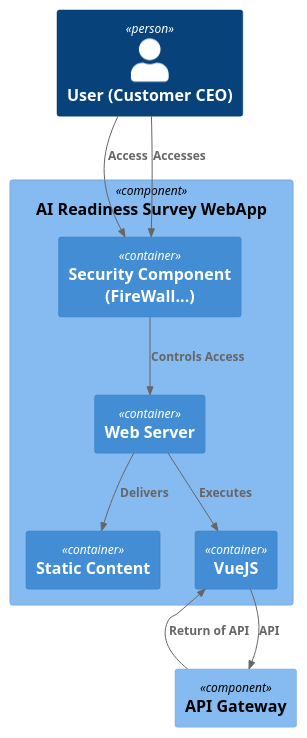
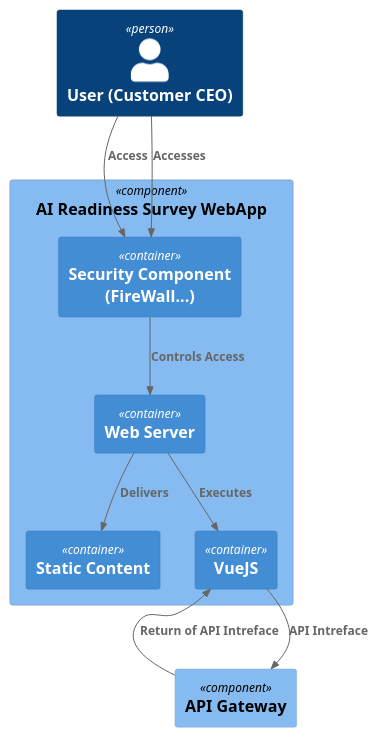
The diagram in examples/ai/icePanel-C4-3-AI_Readiness_Survey_WebApp.puml (brunasti/icepanel-tools), drawn with PlantUML before and after one commit. The commit also changed 11 other files, not shown here.

```diff
--- a/examples/ai/icePanel-C4-3-AI_Readiness_Survey_WebApp.puml
+++ b/examples/ai/icePanel-C4-3-AI_Readiness_Survey_WebApp.puml
@@ -1,38 +1,38 @@
 @startuml
 'https://plantuml.com/class-diagram
 ' CONVERT ICEPANEL DIAGRAM ===========
 ' Converter          : it.brunasti.icepanel.tools.IcePanelToPlantUmlConverter
 ' IcePanel JSON File : [./examples/ai/ARS-AI_Readiness_Survey.json]
 ' Configuration      : [./examples/ai/config.json]
-' Generated at       : Wed May 01 15:06:54 CEST 2024
+' Generated at       : Thu May 02 13:56:38 CEST 2024
 
 !include https://raw.githubusercontent.com/plantuml-stdlib/C4-PlantUML/master/C4_Context.puml
 !include https://raw.githubusercontent.com/plantuml-stdlib/C4-PlantUML/master/C4_Component.puml
 
 
 
 Component(5hrlGZy5caua0ihnw1fz, "AI Readiness Survey WebApp", "") { 
     ' CLASSES =======
     Container(VK9ZFiCYByBvFGzQxBpq, "Static Content", "", "")
     Container(SuPXys2m8MHNajNDAovG, "Security Component (FireWall...)", "", "")
     Container(x6BTWIQ3rThpdBgHOSRZ, "VueJS", "", "")
     Container(V9vsEFD13t044w0g9kcU, "Web Server", "", "")
 }
 
 
 ' NEIGHBOR CLASSES =======
 Person(3zCEc0A8nh1jzwekwJ9e, "User (Customer CEO)", "")
 Component(mCLYSixzXMXK6M59oIYW, "API Gateway", "")
 
 
 ' CONNECTIONS =======
 Rel(SuPXys2m8MHNajNDAovG, V9vsEFD13t044w0g9kcU, "Controls Access" )
 Rel(3zCEc0A8nh1jzwekwJ9e, SuPXys2m8MHNajNDAovG, "Access" )
 Rel(V9vsEFD13t044w0g9kcU, VK9ZFiCYByBvFGzQxBpq, "Delivers" )
-Rel(x6BTWIQ3rThpdBgHOSRZ, mCLYSixzXMXK6M59oIYW, "API" )
-Rel(mCLYSixzXMXK6M59oIYW, x6BTWIQ3rThpdBgHOSRZ, "Return of API" )
+Rel(x6BTWIQ3rThpdBgHOSRZ, mCLYSixzXMXK6M59oIYW, "API Intreface" )
+Rel(mCLYSixzXMXK6M59oIYW, x6BTWIQ3rThpdBgHOSRZ, "Return of API Intreface" )
 Rel(V9vsEFD13t044w0g9kcU, x6BTWIQ3rThpdBgHOSRZ, "Executes" )
 Rel(3zCEc0A8nh1jzwekwJ9e, SuPXys2m8MHNajNDAovG, "Accesses" )
 
 
 @enduml
```
